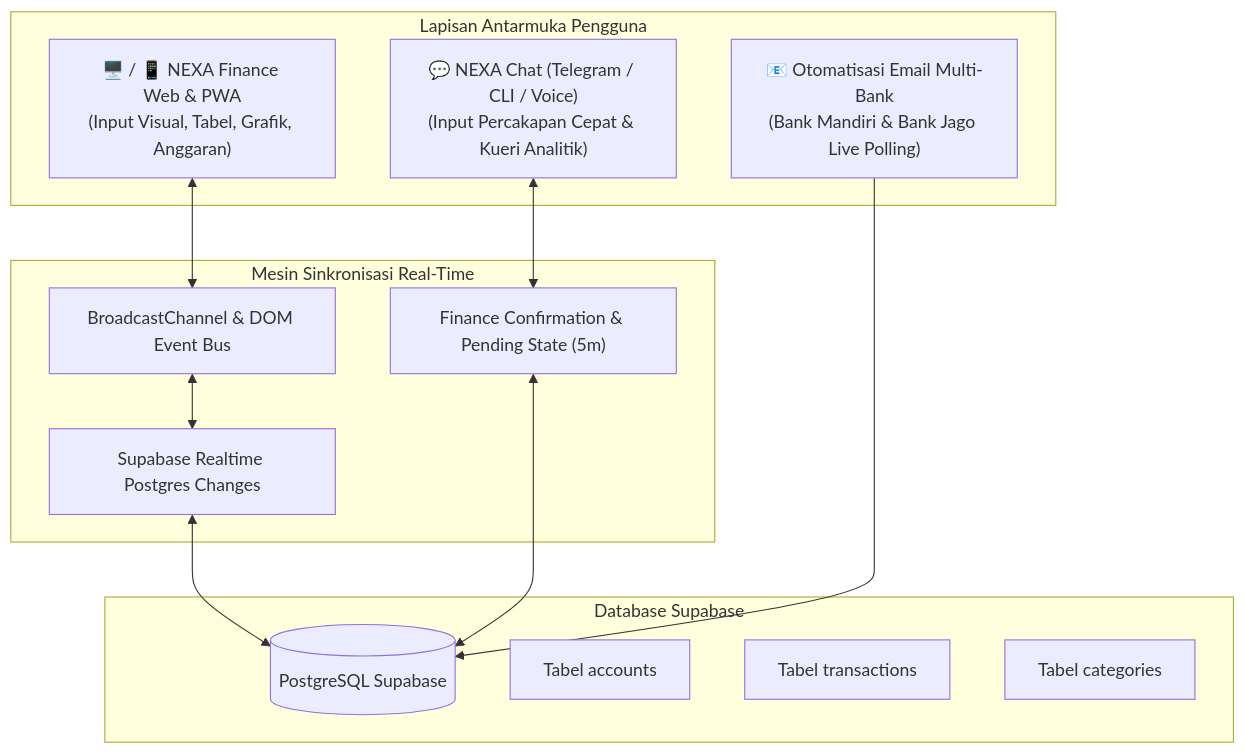
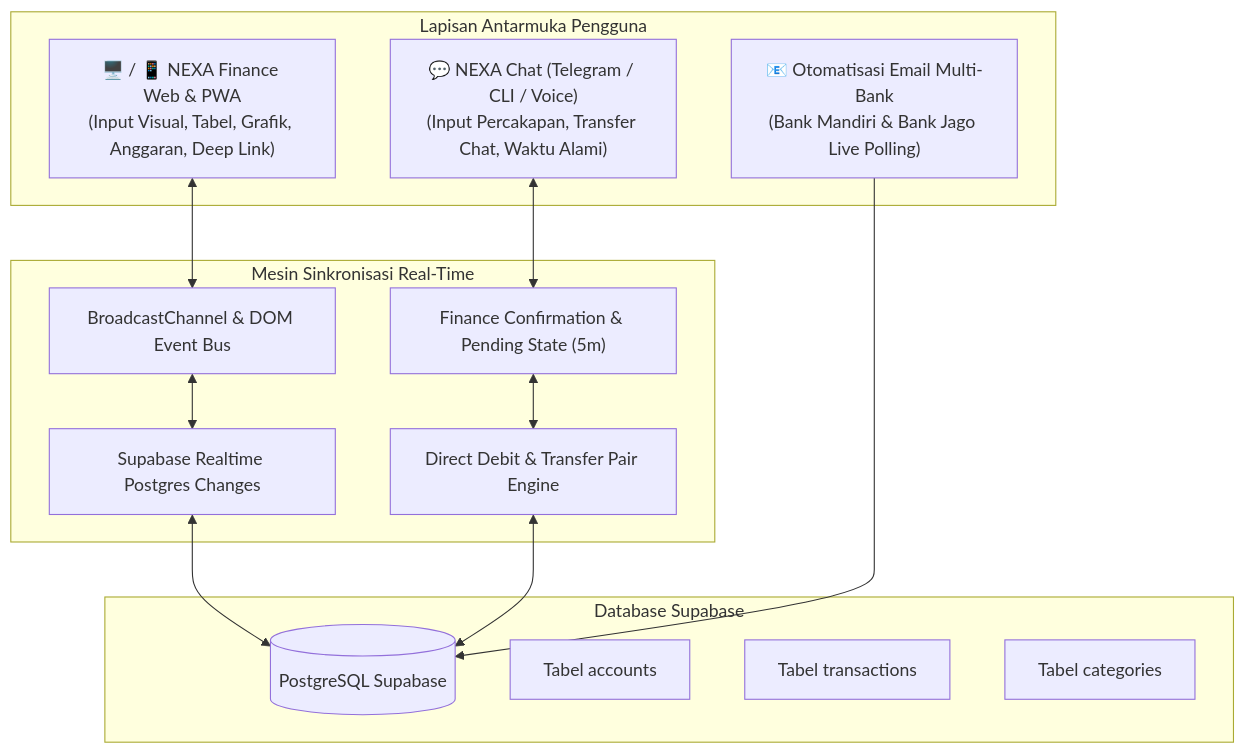
One commit to Knightrelaxed/nexa-server changed the diagram in docs/USER_EXPERIENCE_GUIDE_NEXA_FINANCE.md. Above: the diagram before and after it, drawn with Mermaid. The commit also changed other lines of this file and 1 other file, not shown here.

Commit message:
docs(finance): update UX guide and Whitepaper with complete recent finance developments

````diff
--- a/docs/USER_EXPERIENCE_GUIDE_NEXA_FINANCE.md
+++ b/docs/USER_EXPERIENCE_GUIDE_NEXA_FINANCE.md
@@ -11,28 +11,30 @@
 ```mermaid
 flowchart TD
     subgraph UI_Layer["Lapisan Antarmuka Pengguna"]
-        WebPWA["🖥️ / 📱 NEXA Finance Web & PWA\n(Input Visual, Tabel, Grafik, Anggaran)"]
-        ChatAI["💬 NEXA Chat (Telegram / CLI / Voice)\n(Input Percakapan Cepat & Kueri Analitik)"]
+        WebPWA["🖥️ / 📱 NEXA Finance Web & PWA\n(Input Visual, Tabel, Grafik, Anggaran, Deep Link)"]
+        ChatAI["💬 NEXA Chat (Telegram / CLI / Voice)\n(Input Percakapan, Transfer Chat, Waktu Alami)"]
         EmailSync["📧 Otomatisasi Email Multi-Bank\n(Bank Mandiri & Bank Jago Live Polling)"]
     end
 
     subgraph Sync_Engine["Mesin Sinkronisasi Real-Time"]
         EventBus["BroadcastChannel & DOM Event Bus"]
         RealtimeSub["Supabase Realtime Postgres Changes"]
         ConfirmEngine["Finance Confirmation & Pending State (5m)"]
+        DirectDebitEngine["Direct Debit & Transfer Pair Engine"]
     end
 
     subgraph Data_Layer["Database Supabase"]
         DB[(PostgreSQL Supabase)]
         T_Acc[Tabel accounts]
         T_Tx[Tabel transactions]
         T_Cat[Tabel categories]
     end
 
     WebPWA <--> EventBus
     EventBus <--> RealtimeSub
     RealtimeSub <--> DB
     ChatAI <--> ConfirmEngine
-    ConfirmEngine <--> DB
+    ConfirmEngine <--> DirectDebitEngine
+    DirectDebitEngine <--> DB
     EmailSync --> DB
 ```
````
